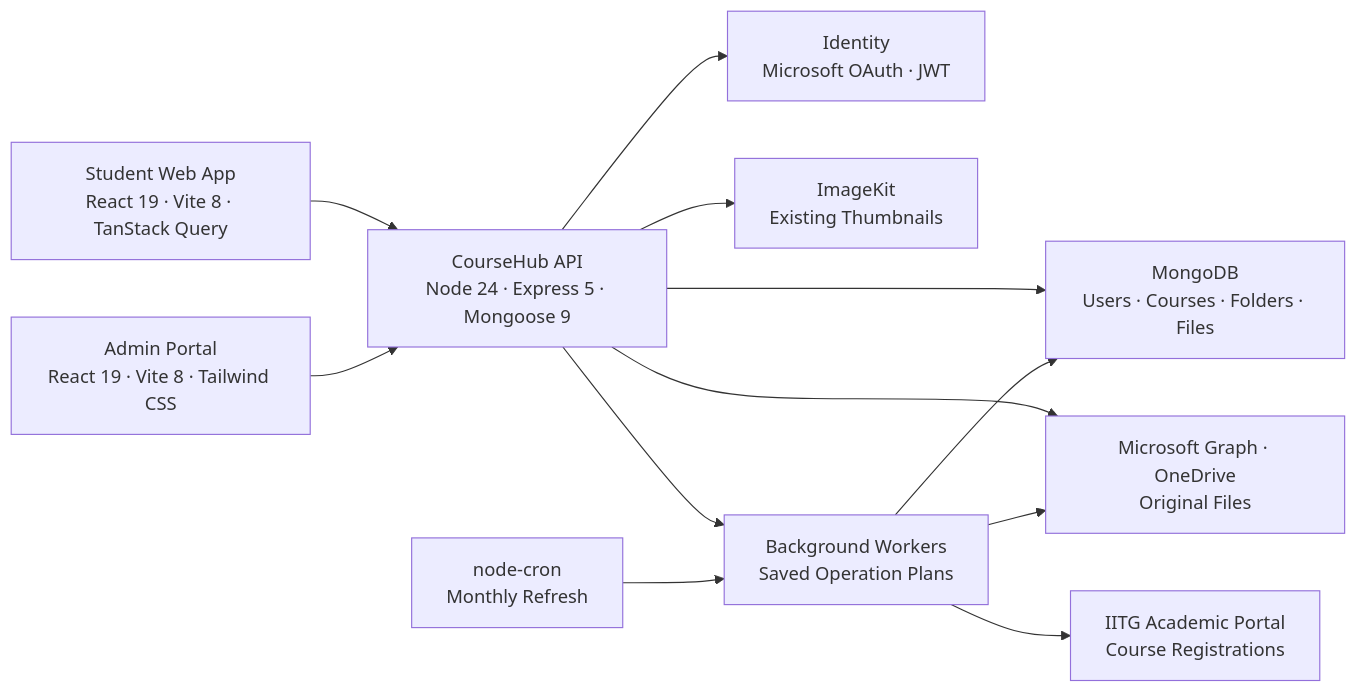
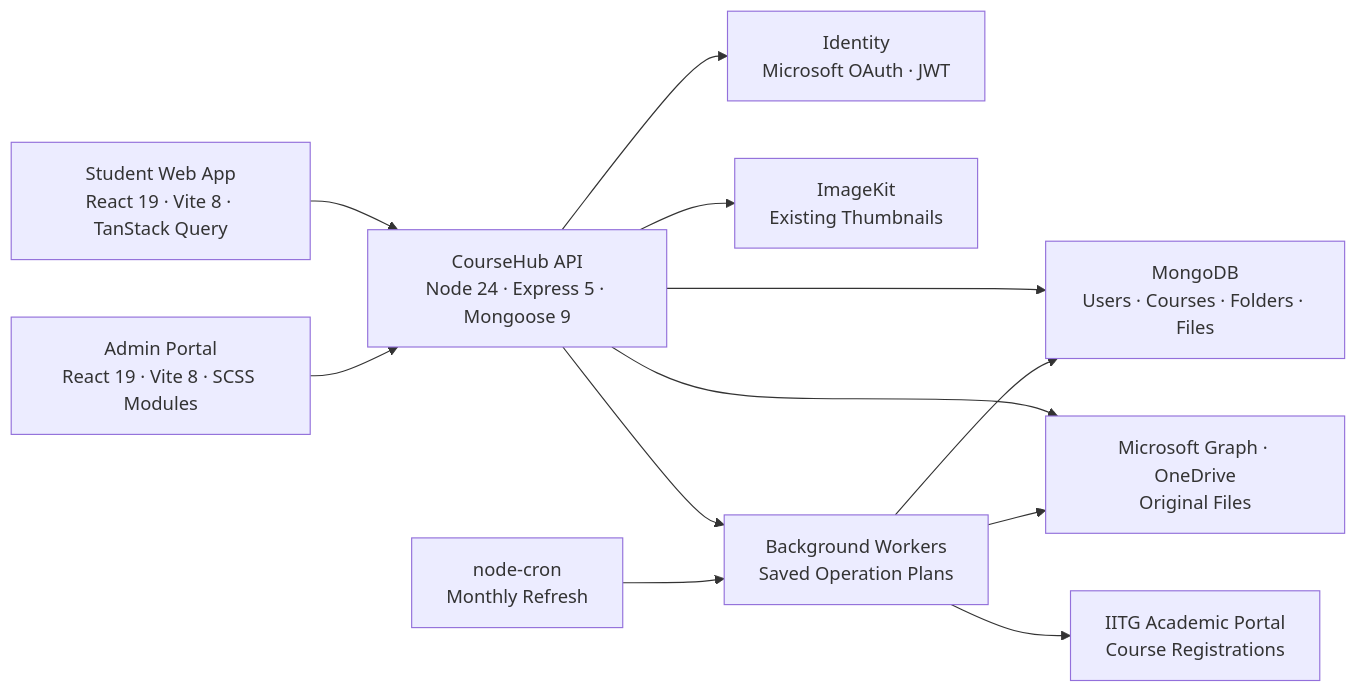
Before and after one commit to Coding-Club-IITG/CourseHub: the diagram in README.md, drawn with Mermaid. The commit also changed other lines of this file and 265 other files, not shown here.

````diff
--- a/README.md
+++ b/README.md
@@ -119,25 +119,25 @@
 ```mermaid
 graph LR
     Student["Student Web App<br/>React 19 · Vite 8 · TanStack Query"]
-    Admin["Admin Portal<br/>React 19 · Vite 8 · Tailwind CSS"]
+    Admin["Admin Portal<br/>React 19 · Vite 8 · SCSS Modules"]
     API["CourseHub API<br/>Node 24 · Express 5 · Mongoose 9"]
     Auth["Identity<br/>Microsoft OAuth · JWT"]
     DB["MongoDB<br/>Users · Courses · Folders · Files"]
     Storage["Microsoft Graph · OneDrive<br/>Original Files"]
     Media["ImageKit<br/>Existing Thumbnails"]
     Jobs["Background Workers<br/>Saved Operation Plans"]
     Academic["IITG Academic Portal<br/>Course Registrations"]
     Schedule["node-cron<br/>Monthly Refresh"]
 
     Student --> API
     Admin --> API
     API --> Auth
     API --> DB
     API --> Storage
     API --> Media
     API --> Jobs
     Schedule --> Jobs
     Jobs --> DB
     Jobs --> Storage
     Jobs --> Academic
 ```
````
